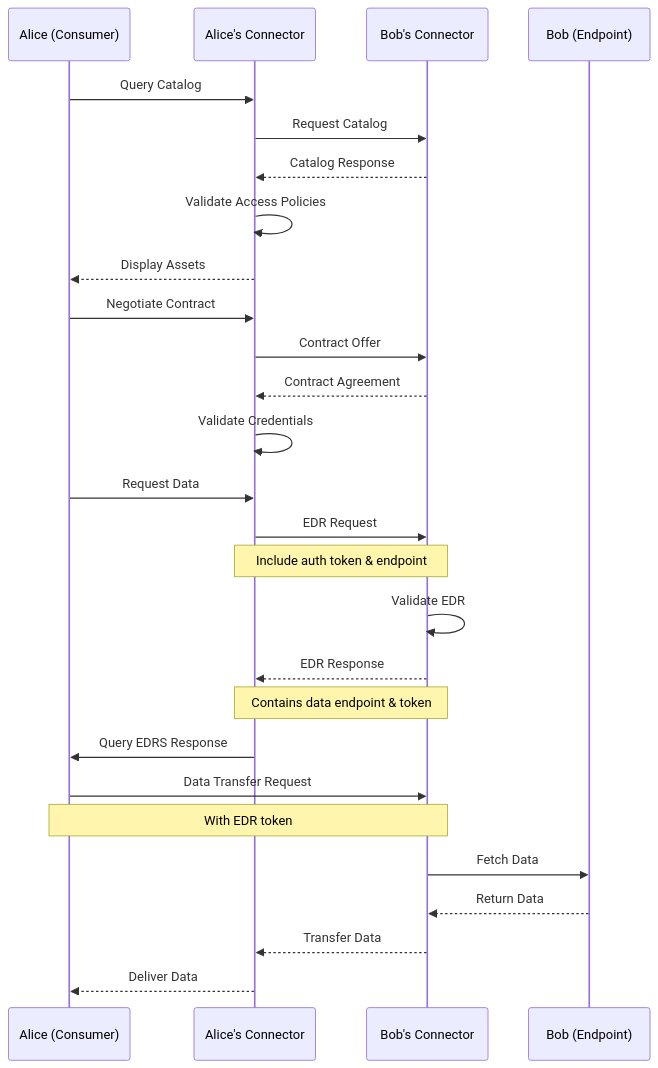
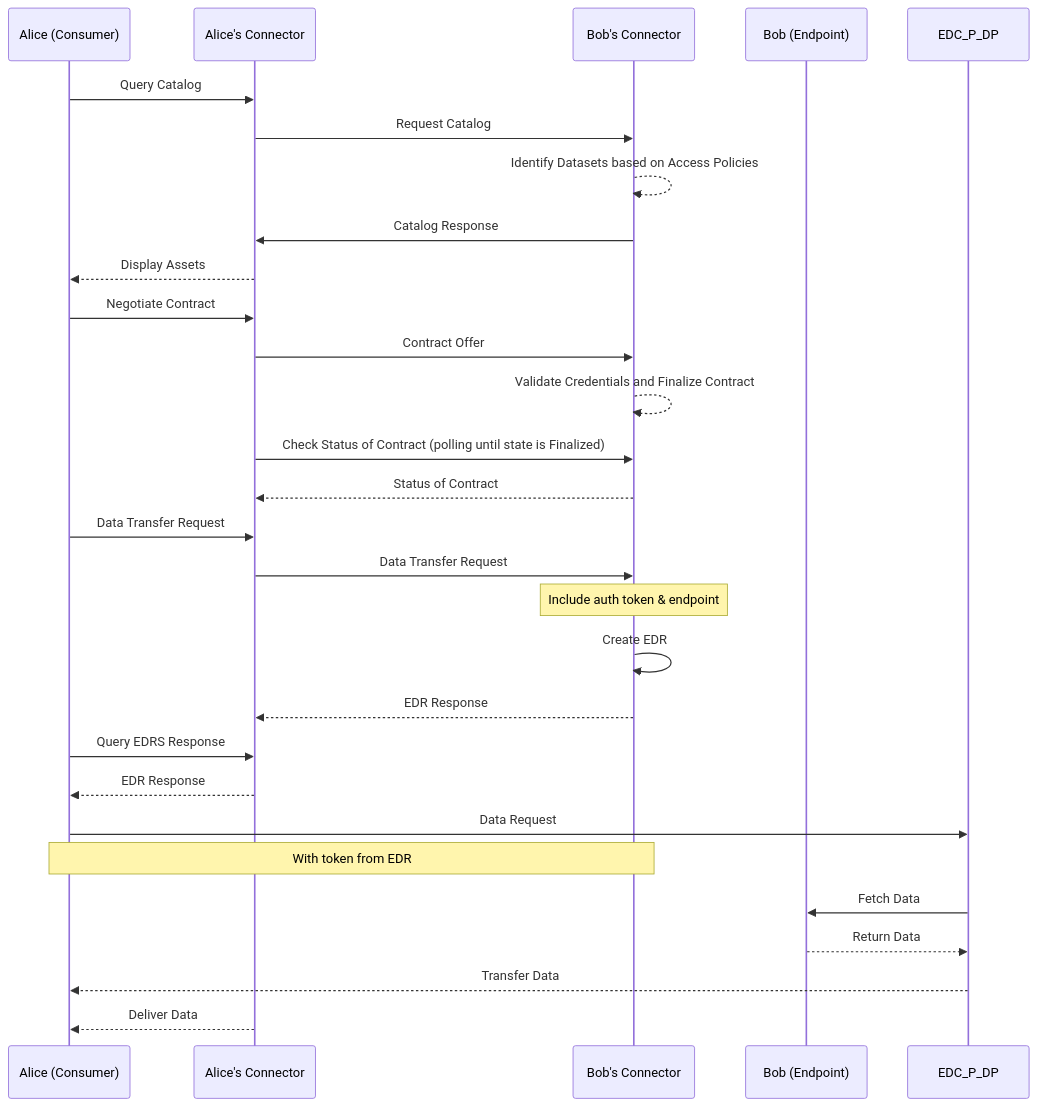
Before and after one commit to eclipse-tractusx/tractus-x-umbrella: the diagram in docs/user/guides/data-exchange/consume-data.md, drawn with Mermaid. The commit also changed other lines of this file, not shown here.

````diff
--- a/docs/user/guides/data-exchange/consume-data.md
+++ b/docs/user/guides/data-exchange/consume-data.md
@@ -10,33 +12,33 @@
 ```mermaid
 sequenceDiagram
     participant Alice as Alice (Consumer)
     participant EDC_C as Alice's Connector
     participant EDC_P as Bob's Connector
     participant Bob as Bob (Endpoint)
 
     Alice->>EDC_C: Query Catalog
     EDC_C->>EDC_P: Request Catalog
-    EDC_P-->>EDC_C: Catalog Response
-    EDC_C->>EDC_C: Validate Access Policies
+    EDC_P-->>EDC_P: Identify Datasets based on Access Policies
+    EDC_P->>EDC_C: Catalog Response
     EDC_C-->>Alice: Display Assets
 
     Alice->>EDC_C: Negotiate Contract
     EDC_C->>EDC_P: Contract Offer
-    EDC_P-->>EDC_C: Contract Agreement
-    EDC_C->>EDC_C: Validate Credentials
-    
-    Alice->>EDC_C: Request Data
-    EDC_C->>EDC_P: EDR Request
-    Note over EDC_C,EDC_P: Include auth token & endpoint
-    EDC_P->>EDC_P: Validate EDR
+    EDC_P-->>EDC_P: Validate Credentials and Finalize Contract
+    EDC_C->>EDC_P: Check Status of Contract (polling until state is Finalized)
+    EDC_P-->>EDC_C: Status of Contract
+    Alice->>EDC_C: Data Transfer Request
+    EDC_C->>EDC_P: Data Transfer Request
+    Note over EDC_P: Include auth token & endpoint
+    EDC_P->>EDC_P: Create EDR
     EDC_P-->>EDC_C: EDR Response
-    Note over EDC_P,EDC_C: Contains data endpoint & token
-    EDC_C->>Alice: Query EDRS Response
+    Alice->>EDC_C: Query EDRS Response
+    EDC_C-->>Alice: EDR Response
 
-    Alice->>EDC_P: Data Transfer Request
-    Note over Alice,EDC_P: With EDR token
-    EDC_P->>Bob: Fetch Data
-    Bob-->>EDC_P: Return Data
-    EDC_P-->>EDC_C: Transfer Data
+    Alice->>EDC_P_DP: Data Request
+    Note over Alice,EDC_P: With token from EDR
+    EDC_P_DP->>Bob: Fetch Data
+    Bob-->>EDC_P_DP: Return Data
+    EDC_P_DP-->>Alice: Transfer Data
     EDC_C-->>Alice: Deliver Data
 ```
````
